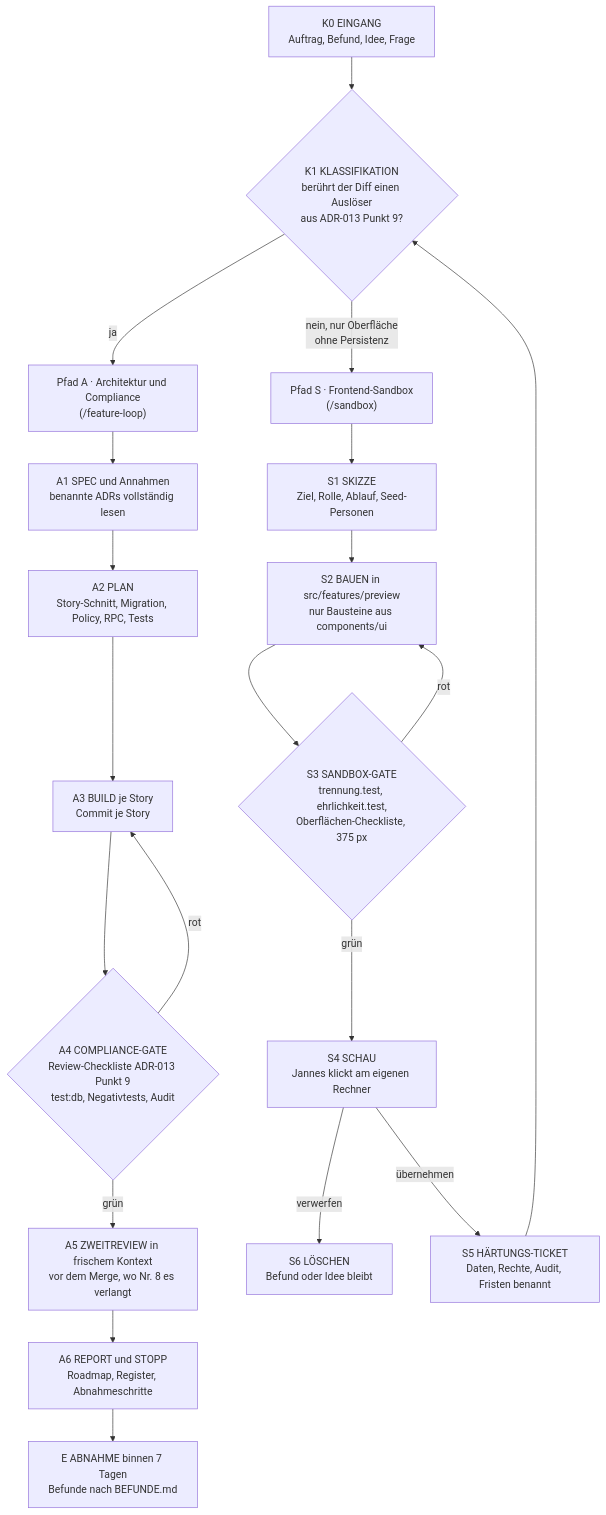
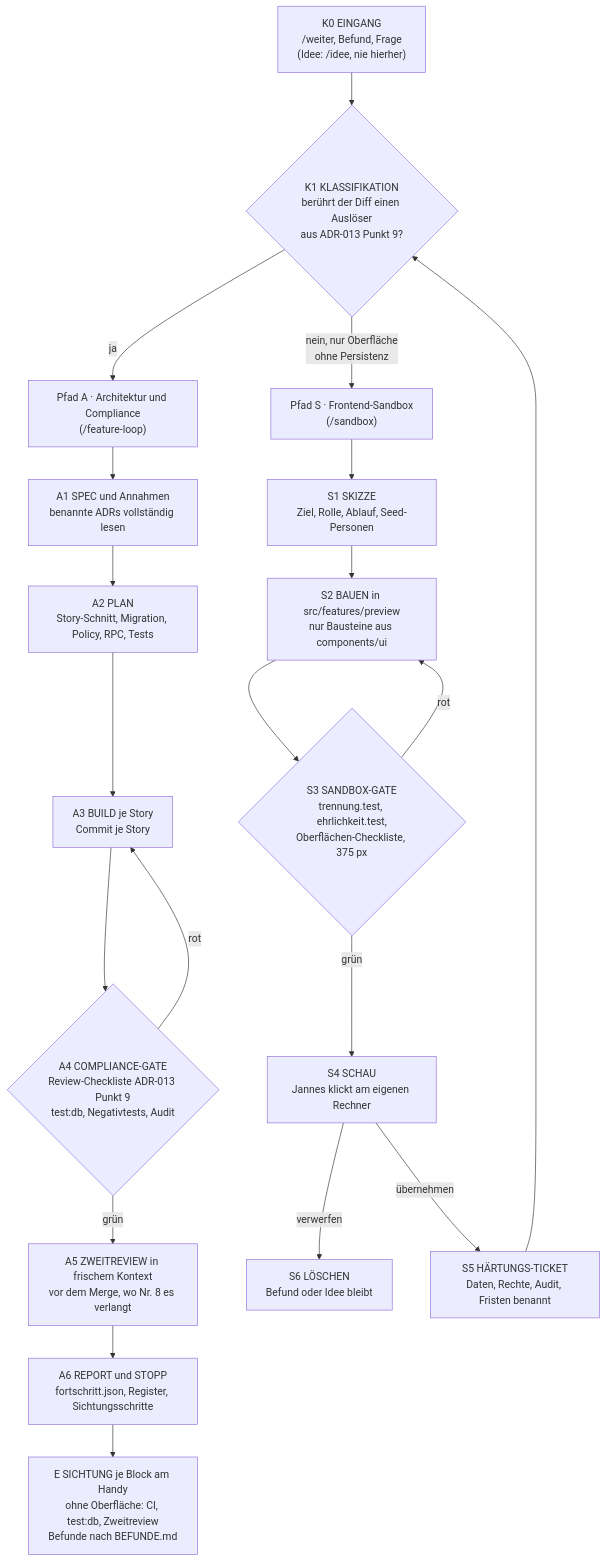
Before and after one commit to janneswichelhaus/PraxisSoftware: the diagram in docs/development/GRAPH-ENGINEERING-WORKFLOW.md, drawn with Mermaid. The commit also changed other lines of this file and 51 other files, not shown here.

````diff
--- a/docs/development/GRAPH-ENGINEERING-WORKFLOW.md
+++ b/docs/development/GRAPH-ENGINEERING-WORKFLOW.md
@@ -44,22 +46,22 @@
 ```mermaid
 flowchart TD
-  K0["K0 EINGANG<br/>Auftrag, Befund, Idee, Frage"] --> K1{"K1 KLASSIFIKATION<br/>berührt der Diff einen Auslöser<br/>aus ADR-013 Punkt 9?"}
+  K0["K0 EINGANG<br/>/weiter, Befund, Frage<br/>(Idee: /idee, nie hierher)"] --> K1{"K1 KLASSIFIKATION<br/>berührt der Diff einen Auslöser<br/>aus ADR-013 Punkt 9?"}
   K1 -- "ja" --> A0["Pfad A · Architektur und Compliance<br/>(/feature-loop)"]
   K1 -- "nein, nur Oberfläche<br/>ohne Persistenz" --> S0["Pfad S · Frontend-Sandbox<br/>(/sandbox)"]
   A0 --> A1["A1 SPEC und Annahmen<br/>benannte ADRs vollständig lesen"]
   A1 --> A2["A2 PLAN<br/>Story-Schnitt, Migration, Policy, RPC, Tests"]
   A2 --> A3["A3 BUILD je Story<br/>Commit je Story"]
   A3 --> A4{"A4 COMPLIANCE-GATE<br/>Review-Checkliste ADR-013 Punkt 9<br/>test:db, Negativtests, Audit"}
   A4 -- "rot" --> A3
   A4 -- "grün" --> A5["A5 ZWEITREVIEW in frischem Kontext<br/>vor dem Merge, wo Nr. 8 es verlangt"]
-  A5 --> A6["A6 REPORT und STOPP<br/>Roadmap, Register, Abnahmeschritte"]
+  A5 --> A6["A6 REPORT und STOPP<br/>fortschritt.json, Register, Sichtungsschritte"]
   S0 --> S1["S1 SKIZZE<br/>Ziel, Rolle, Ablauf, Seed-Personen"]
   S1 --> S2["S2 BAUEN in src/features/preview<br/>nur Bausteine aus components/ui"]
   S2 --> S3{"S3 SANDBOX-GATE<br/>trennung.test, ehrlichkeit.test,<br/>Oberflächen-Checkliste, 375 px"}
   S3 -- "rot" --> S2
   S3 -- "grün" --> S4["S4 SCHAU<br/>Jannes klickt am eigenen Rechner"]
   S4 -- "verwerfen" --> S6["S6 LÖSCHEN<br/>Befund oder Idee bleibt"]
   S4 -- "übernehmen" --> S5["S5 HÄRTUNGS-TICKET<br/>Daten, Rechte, Audit, Fristen benannt"]
   S5 --> K1
-  A6 --> E["E ABNAHME binnen 7 Tagen<br/>Befunde nach BEFUNDE.md"]
+  A6 --> E["E SICHTUNG je Block am Handy<br/>ohne Oberfläche: CI, test:db, Zweitreview<br/>Befunde nach BEFUNDE.md"]
 ```
````
